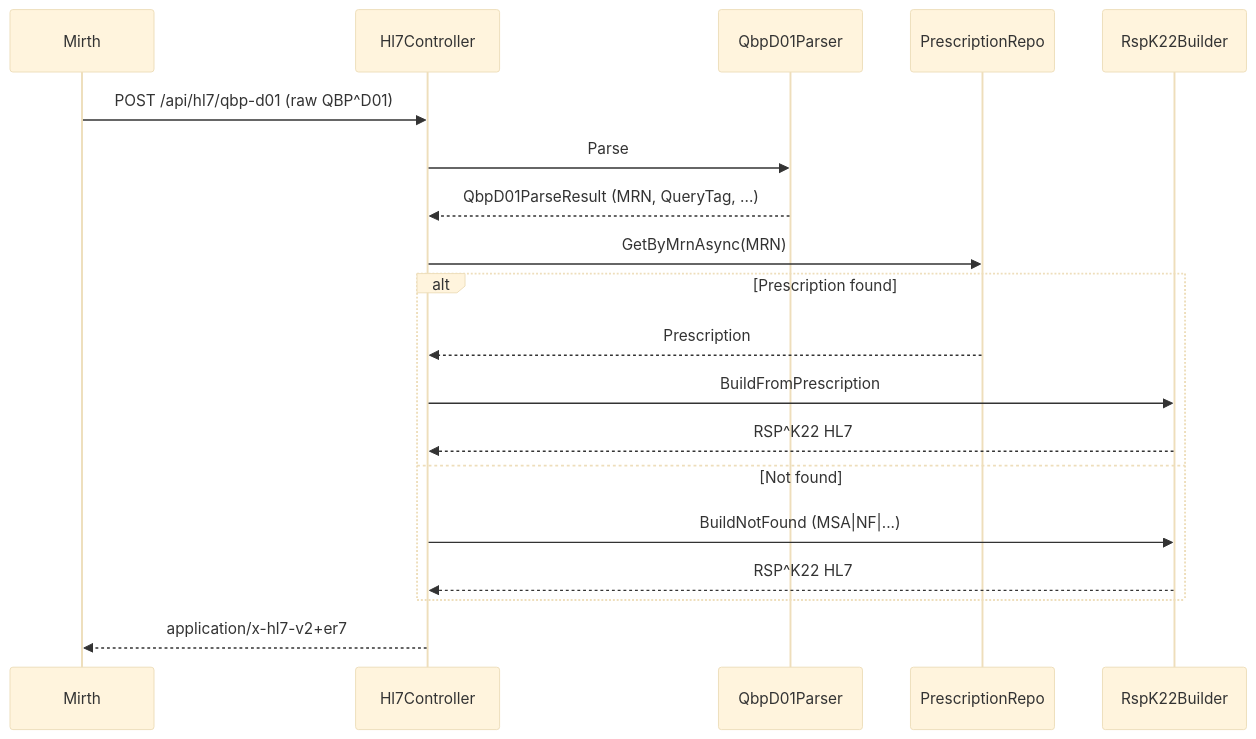
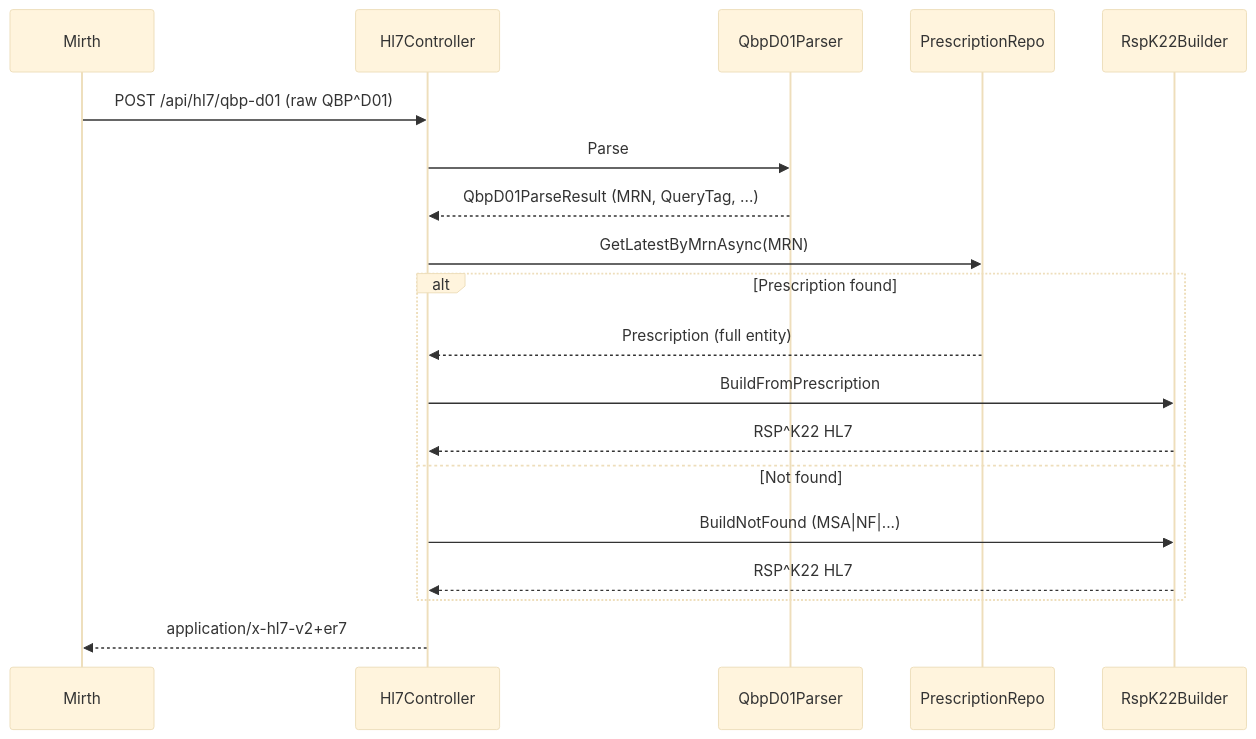
Before and after one commit to Ahmed-Shehzad/Dialysis: the seventh of 12 diagrams in docs/SYSTEM-ARCHITECTURE.md, drawn with Mermaid (base theme). The commit also changed other lines of this file and 33 other files, not shown here.

````diff
--- a/docs/SYSTEM-ARCHITECTURE.md
+++ b/docs/SYSTEM-ARCHITECTURE.md
@@ -317,22 +342,22 @@
 ```mermaid
 sequenceDiagram
     participant Mirth
     participant Hl7Controller
     participant QbpD01Parser
     participant PrescriptionRepo
     participant RspK22Builder
 
     Mirth->>Hl7Controller: POST /api/hl7/qbp-d01 (raw QBP^D01)
     Hl7Controller->>QbpD01Parser: Parse
     QbpD01Parser-->>Hl7Controller: QbpD01ParseResult (MRN, QueryTag, ...)
-    Hl7Controller->>PrescriptionRepo: GetByMrnAsync(MRN)
+    Hl7Controller->>PrescriptionRepo: GetLatestByMrnAsync(MRN)
     alt Prescription found
-        PrescriptionRepo-->>Hl7Controller: Prescription
+        PrescriptionRepo-->>Hl7Controller: Prescription (full entity)
         Hl7Controller->>RspK22Builder: BuildFromPrescription
         RspK22Builder-->>Hl7Controller: RSP^K22 HL7
     else Not found
         Hl7Controller->>RspK22Builder: BuildNotFound (MSA|NF|...)
         RspK22Builder-->>Hl7Controller: RSP^K22 HL7
     end
     Hl7Controller-->>Mirth: application/x-hl7-v2+er7
 ```
````
